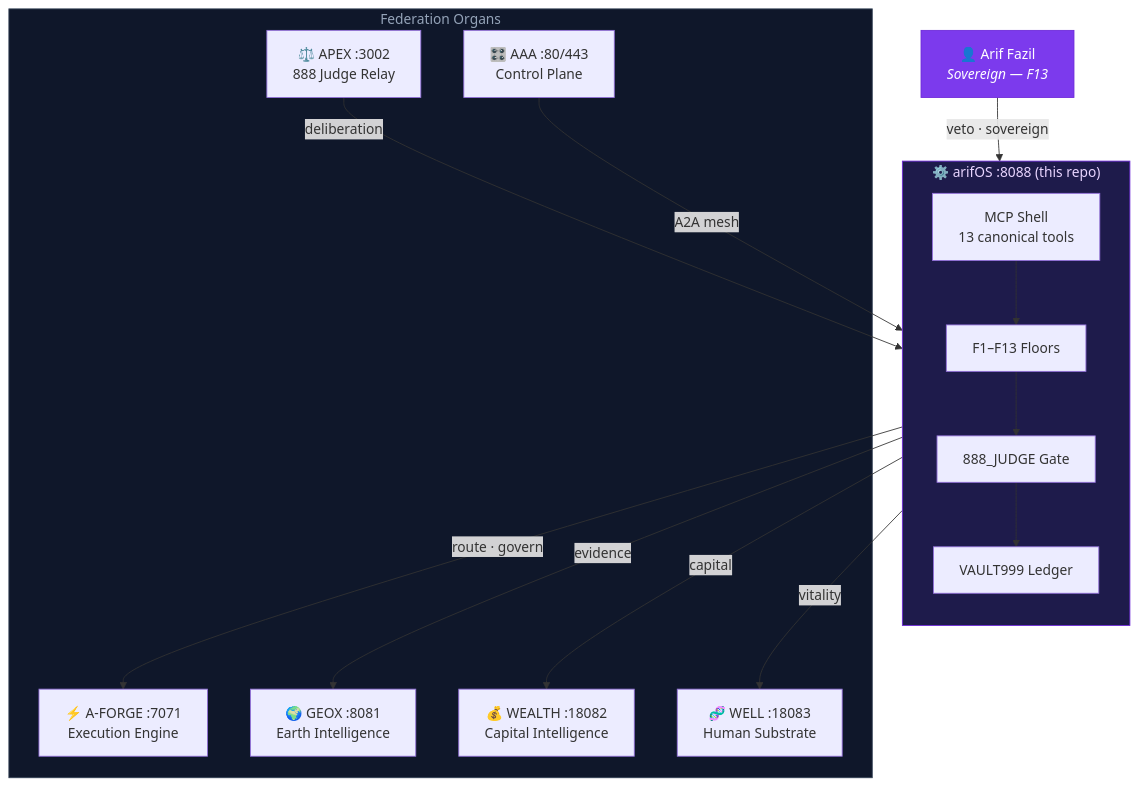
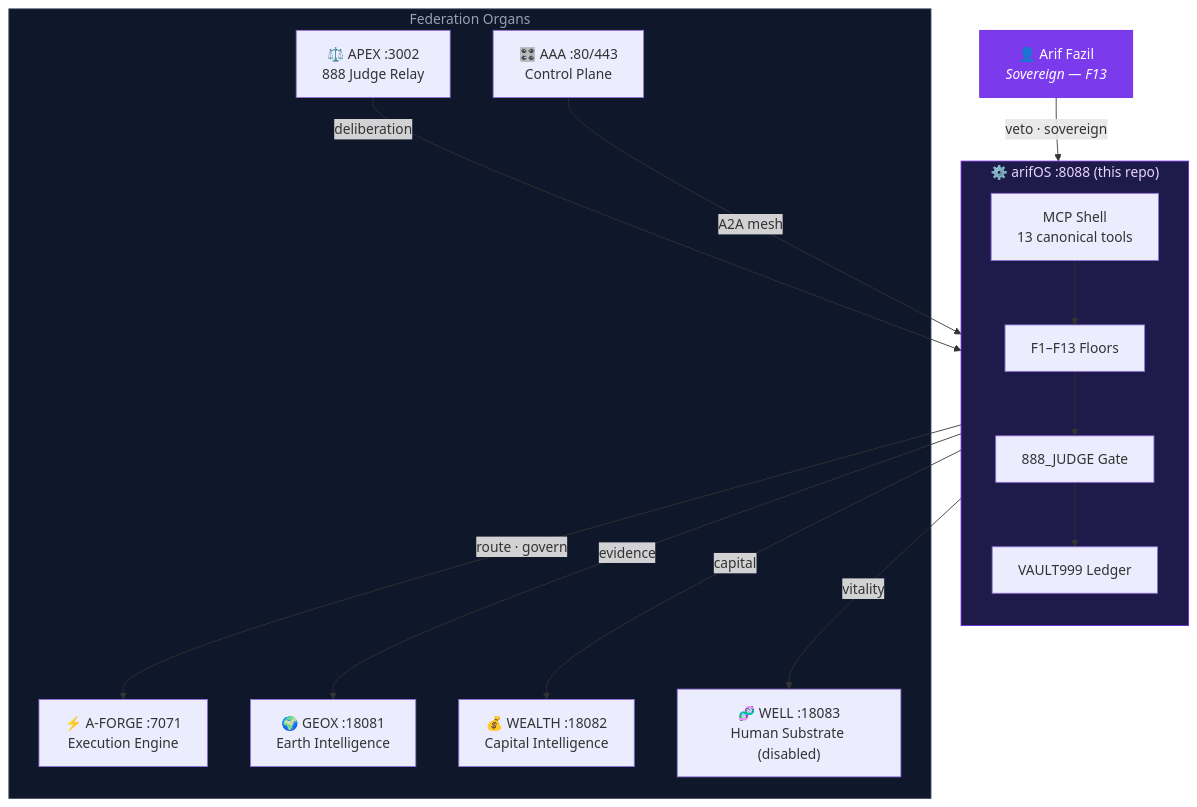
One commit to ariffazil/arifos changed the first of 5 diagrams in README.md. Above: the diagram before and after it, drawn with Mermaid. The commit also changed other lines of this file, not shown here.

First line of the commit message:
fix(arifOS): SOT — correct GEOX port, floor names match core/shared/floors.py

````diff
--- a/README.md
+++ b/README.md
@@ -31,36 +31,36 @@
 ```mermaid
 graph TD
     ARIF["👤 Arif Fazil<br/><i>Sovereign — F13</i>"]
 
     subgraph KERNEL ["⚙️ arifOS  :8088  (this repo)"]
         direction TB
         MCP["MCP Shell<br/>13 canonical tools"]
         FLOORS["F1–F13 Floors"]
         VAULT["VAULT999 Ledger"]
         JUDGE["888_JUDGE Gate"]
         MCP --> FLOORS
         FLOORS --> JUDGE
         JUDGE --> VAULT
     end
 
     subgraph ORGANS ["Federation Organs"]
         FORGE["⚡ A-FORGE :7071<br/>Execution Engine"]
-        GEOX["🌍 GEOX :8081<br/>Earth Intelligence"]
+        GEOX["🌍 GEOX :18081<br/>Earth Intelligence"]
         WEALTH["💰 WEALTH :18082<br/>Capital Intelligence"]
-        WELL["🧬 WELL :18083<br/>Human Substrate"]
+        WELL["🧬 WELL :18083<br/>Human Substrate (disabled)"]
         AAA["🎛️ AAA :80/443<br/>Control Plane"]
         APEX["⚖️ APEX :3002<br/>888 Judge Relay"]
     end
 
     ARIF -->|"veto · sovereign"| KERNEL
     KERNEL -->|"route · govern"| FORGE
     KERNEL -->|"evidence"| GEOX
     KERNEL -->|"capital"| WEALTH
     KERNEL -->|"vitality"| WELL
     AAA -->|"A2A mesh"| KERNEL
     APEX -->|"deliberation"| JUDGE
 
     style KERNEL fill:#1e1b4b,stroke:#6d28d9,color:#e9d5ff
     style ARIF fill:#7c3aed,stroke:#6d28d9,color:#fff
     style ORGANS fill:#0f172a,stroke:#334155,color:#94a3b8
 ```
````
